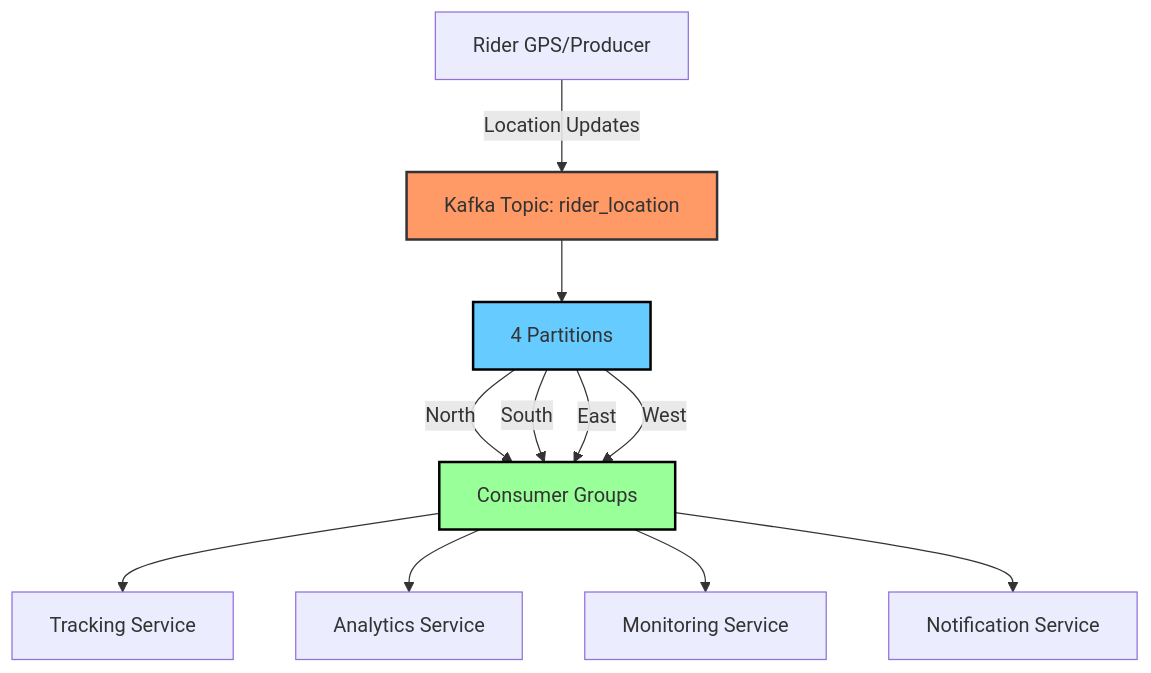
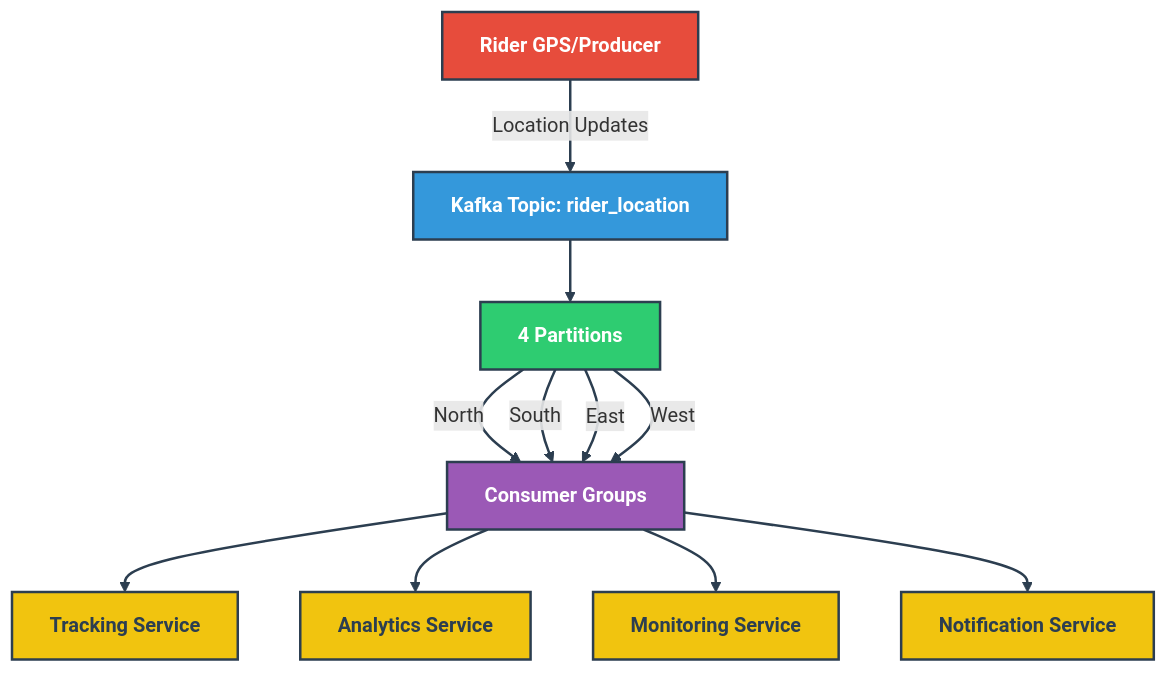
Before and after one commit to krrishanaggarwal/kafka-understanding: the diagram in README.md, drawn with Mermaid.

Commit message:
Refine styles in README for system components diagram to improve visual consistency and clarity

````diff
--- a/README.md
+++ b/README.md
@@ -7,17 +7,24 @@
 ```mermaid
 graph TD
     A[Rider GPS/Producer] -->|Location Updates| B[Kafka Topic: rider_location]
     B --> C[4 Partitions]
     C -->|North| D[Consumer Groups]
     C -->|South| D
     C -->|East| D
     C -->|West| D
     D --> E[Tracking Service]
     D --> F[Analytics Service]
     D --> G[Monitoring Service]
     D --> H[Notification Service]
     
-    style B fill:#ff9966,stroke:#333,stroke-width:2px
-    style C fill:#66ccff,stroke:#000000,stroke-width:2px
-    style D fill:#99ff99,stroke:#000000,stroke-width:2px
+    style A fill:#e74c3c,stroke:#2c3e50,stroke-width:2px,color:#fff,font-weight:bold
+    style B fill:#3498db,stroke:#2c3e50,stroke-width:2px,color:#fff,font-weight:bold
+    style C fill:#2ecc71,stroke:#2c3e50,stroke-width:2px,color:#fff,font-weight:bold
+    style D fill:#9b59b6,stroke:#2c3e50,stroke-width:2px,color:#fff,font-weight:bold
+    style E fill:#f1c40f,stroke:#2c3e50,stroke-width:2px,color:#2c3e50,font-weight:bold
+    style F fill:#f1c40f,stroke:#2c3e50,stroke-width:2px,color:#2c3e50,font-weight:bold
+    style G fill:#f1c40f,stroke:#2c3e50,stroke-width:2px,color:#2c3e50,font-weight:bold
+    style H fill:#f1c40f,stroke:#2c3e50,stroke-width:2px,color:#2c3e50,font-weight:bold
+    
+    linkStyle default stroke:#2c3e50,stroke-width:2px
 ```
````
